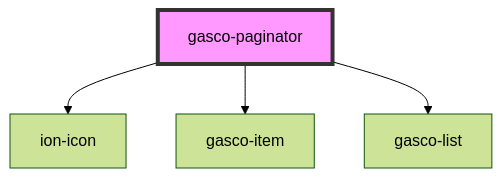
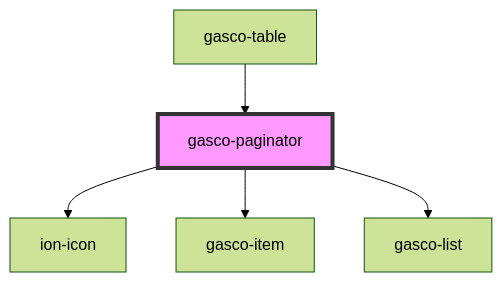
Before and after one commit to lac617a/gasco-core: the diagram in core/src/components/gasco-paginator/readme.md, drawn with Mermaid (forest theme). The commit also changed other lines of this file and 62 other files, not shown here.

````diff
--- a/core/src/components/gasco-paginator/readme.md
+++ b/core/src/components/gasco-paginator/readme.md
@@ -37,7 +41,8 @@
 ```mermaid
 graph TD;
   gasco-paginator --> ion-icon
   gasco-paginator --> gasco-item
   gasco-paginator --> gasco-list
+  gasco-table --> gasco-paginator
   style gasco-paginator fill:#f9f,stroke:#333,stroke-width:4px
 ```
````
